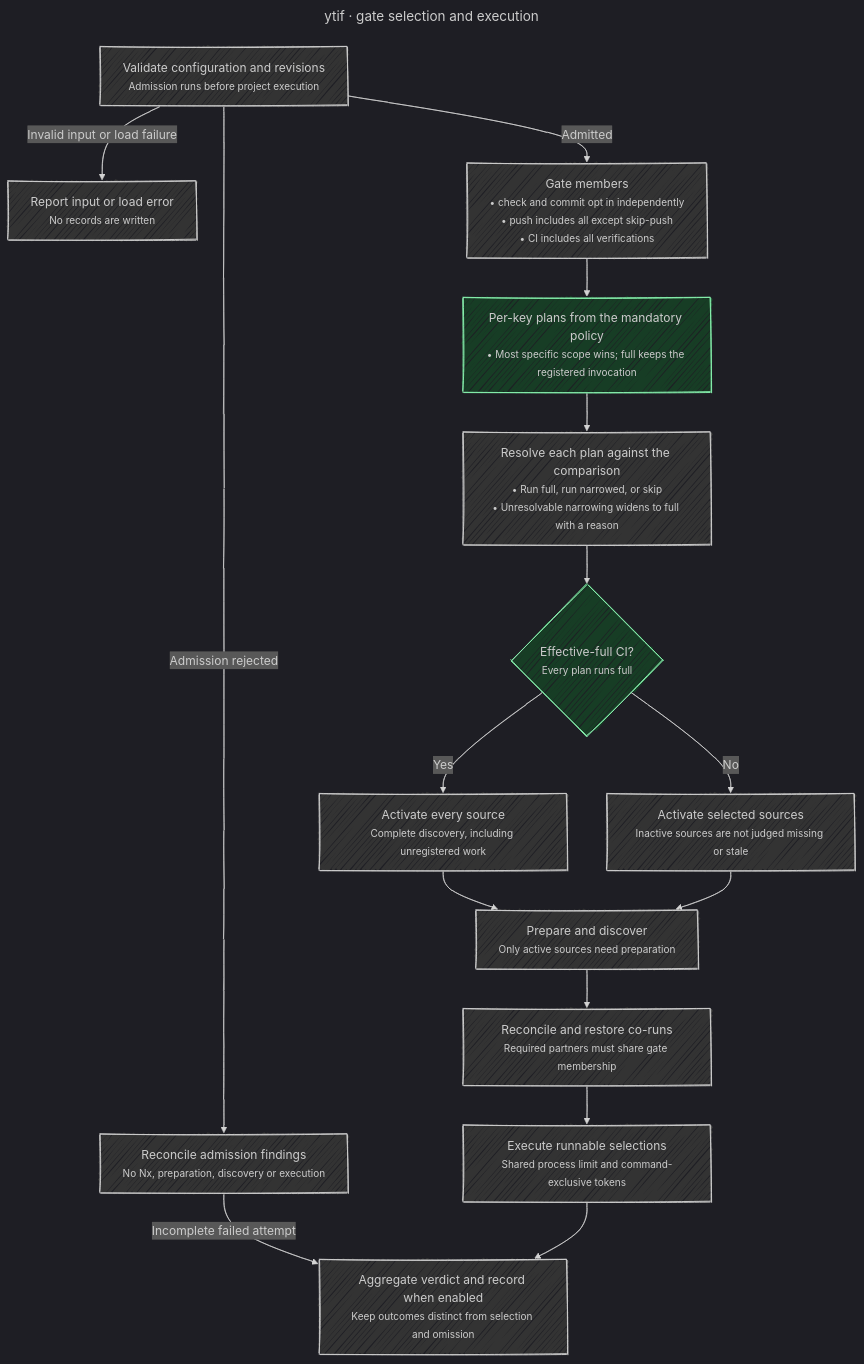
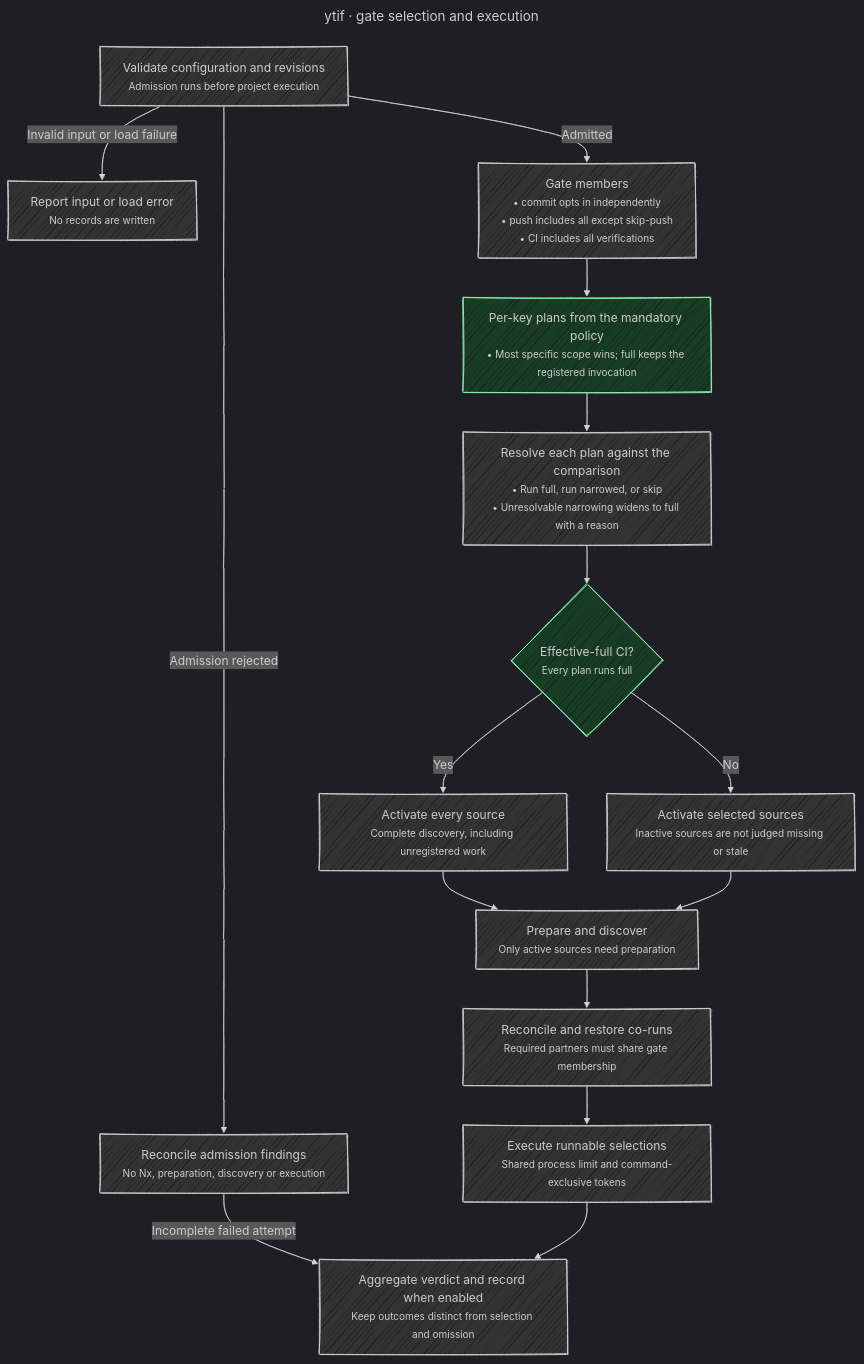
The diagram in blueprint/gates.mermaid (undervoke/ytif), drawn with Mermaid before and after one commit. The commit also changed 31 other files, not shown here.

```diff
--- a/blueprint/gates.mermaid
+++ b/blueprint/gates.mermaid
@@ -1,57 +1,57 @@
 ---
 title: ytif · gate selection and execution
 config:
   look: handDrawn
   handDrawnSeed: 5
   theme: dark
   themeVariables:
     mainBkg: "#333333"
     clusterBkg: "#242424"
   themeCSS: |
     small { display: inline-block; text-align: left; }
   flowchart:
     wrappingWidth: 270
 ---
 %% Behavior authority: internal/gate/gate.go (Run), internal/gate/survey.go, internal/gate/plans.go and README.md (Gates).
-%% dinyd: internal/gate/gate.go#Run s1:f7690a3f1e794db6
+%% dinyd: internal/gate/gate.go#Run s1:d0872c1ebf297c21
 %% Invalid input exits before record creation. Admission findings reconcile and finish as an incomplete failed attempt, recorded when enabled.
 %% The mandatory gate policy plans every member; narrowing that cannot be resolved widens to full with a reason. A valid empty selection skips without fallback.
 %% list uses complete discovery separately. A gate run activates only sources owning runnable selections; effective-full CI activates every source.
 %% dinyd: internal/gate/survey.go#NewSurvey s1:687bd091fdb64691
 flowchart TB
   Input["Validate configuration and revisions<br/><small>Admission runs before project execution</small>"]
   Invalid["Report input or load error<br/><small>No records are written</small>"]
   Rejected["Reconcile admission findings<br/><small>No Nx, preparation, discovery or execution</small>"]
-  Members["Gate members<br/><small>• check and commit opt in independently<br/>• push includes all except skip-push<br/>• CI includes all verifications</small>"]
-  %% dinyd: internal/inventory/inventory.go#Entry.Member s1:b9c171c2f6703344
+  Members["Gate members<br/><small>• commit opts in independently<br/>• push includes all except skip-push<br/>• CI includes all verifications</small>"]
+  %% dinyd: internal/inventory/inventory.go#Entry.Member s1:a79110385049fe4e
   Plans["Per-key plans from the mandatory policy<br/><small>• Most specific scope wins; full keeps the registered invocation</small>"]
   Outcomes["Resolve each plan against the comparison<br/><small>• Run full, run narrowed, or skip<br/>• Unresolvable narrowing widens to full with a reason</small>"]
   Census{"Effective-full CI?<br/><small>Every plan runs full</small>"}
   All["Activate every source<br/><small>Complete discovery, including unregistered work</small>"]
   Selected["Activate selected sources<br/><small>Inactive sources are not judged missing or stale</small>"]
   Discover["Prepare and discover<br/><small>Only active sources need preparation</small>"]
   %% dinyd: internal/gate/survey.go#Survey.prepare s1:06d49989583edac2
   %% dinyd: internal/gate/survey.go#Survey.discover s1:7acebb91411823be
   Reconcile["Reconcile and restore co-runs<br/><small>Required partners must share gate membership</small>"]
   %% dinyd: internal/gate/gate.go#closeCoRuns s1:0d6266841e3d3efc
-  %% dinyd: internal/gate/survey.go#Survey.placementOrder s1:b5ab8cad6cf0cc71
+  %% dinyd: internal/gate/survey.go#Survey.placementOrder s1:5de29d89b25a600f
   Run["Execute runnable selections<br/><small>Shared process limit and command-exclusive tokens</small>"]
   %% dinyd: internal/proc/proc.go#Run s1:2705dd6f8623d0d8
   %% dinyd: internal/checkrun/checkrun.go#Source.execute s1:86e3034971840243
   Finish["Aggregate verdict and record when enabled<br/><small>Keep outcomes distinct from selection and omission</small>"]
 
   Input -->|Invalid input or load failure| Invalid
   Input -->|Admission rejected| Rejected
   Rejected -->|Incomplete failed attempt| Finish
   Input -->|Admitted| Members
   Members --> Plans
   Plans --> Outcomes
   Outcomes --> Census
   Census -->|Yes| All
   Census -->|No| Selected
   All --> Discover
   Selected --> Discover
   Discover --> Reconcile --> Run --> Finish
 
   classDef em fill:#173d25,stroke:#86efac
   class Plans,Census em
```
